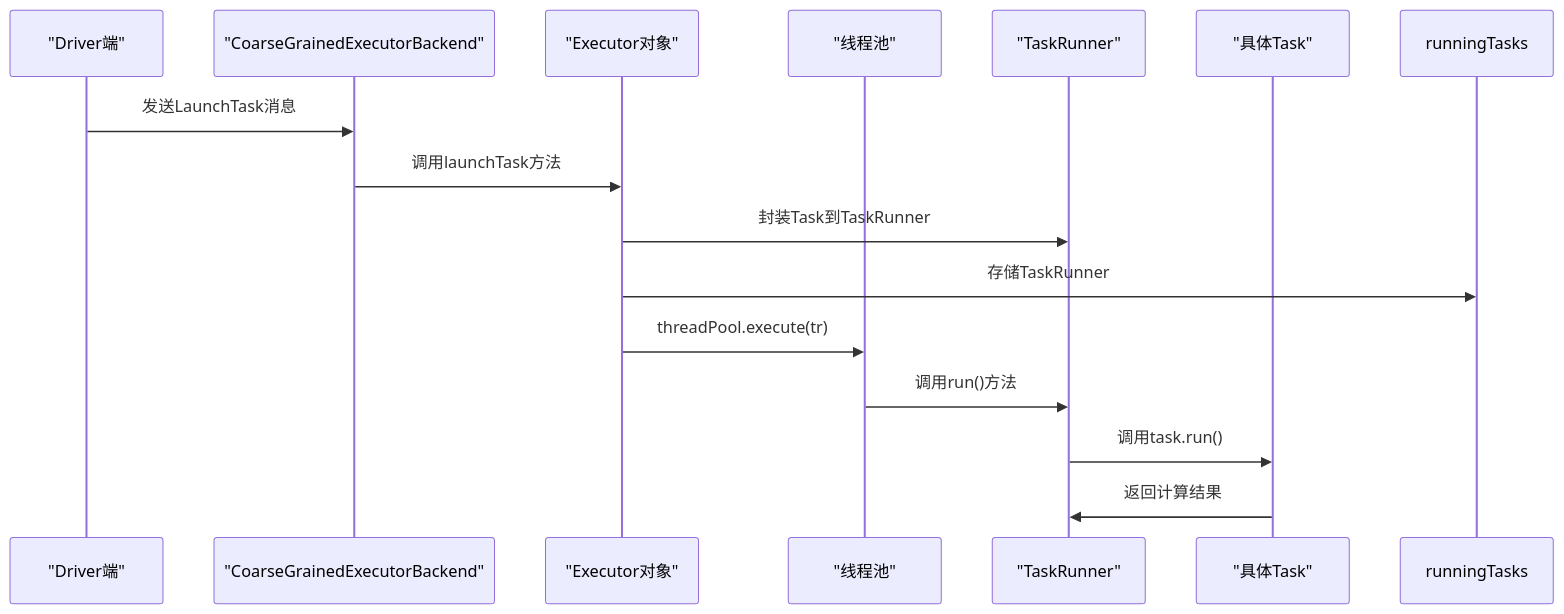
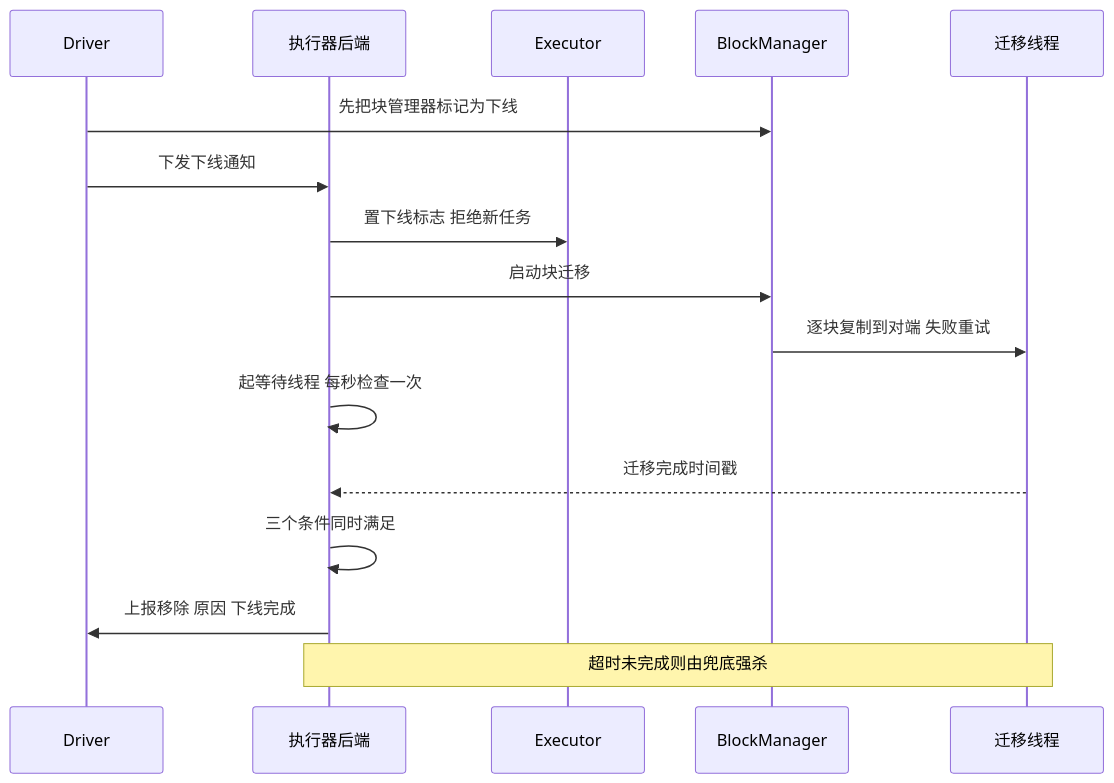
One commit to hpliStartAgain/my-brain changed the fifth of 5 diagrams in content/大数据/Spark/读书笔记-spark内核/02_系统架构与运行机制/9. Spark_Executor_执行机制_下.md. Above: the diagram before and after it, drawn with Mermaid. The commit also changed other lines of this file and 259 other files, not shown here.

````diff
--- a/content/大数据/Spark/读书笔记-spark内核/02_系统架构与运行机制/9. Spark_Executor_执行机制_下.md
+++ b/content/大数据/Spark/读书笔记-spark内核/02_系统架构与运行机制/9. Spark_Executor_执行机制_下.md
@@ -319,18 +544,19 @@
 ```mermaid
+%%{init: {'theme': 'dracula'}}%%
 sequenceDiagram
-    participant Driver as "Driver端"
-    participant Backend as "CoarseGrainedExecutorBackend"
-    participant Executor as "Executor对象"
-    participant ThreadPool as "线程池"
-    participant TaskRunner as "TaskRunner"
-    participant Task as "具体Task"
-    
-    Driver->>Backend: 发送LaunchTask消息
-    Backend->>Executor: 调用launchTask方法
-    Executor->>TaskRunner: 封装Task到TaskRunner
-    Executor->>runningTasks: 存储TaskRunner
-    Executor->>ThreadPool: threadPool.execute(tr)
-    ThreadPool->>TaskRunner: 调用run()方法
-    TaskRunner->>Task: 调用task.run()
-    Task->>TaskRunner: 返回计算结果
+    participant D as Driver
+    participant B as 执行器后端
+    participant E as Executor
+    participant BM as BlockManager
+    participant T as 迁移线程
+    D->>BM: 先把块管理器标记为下线
+    D->>B: 下发下线通知
+    B->>E: 置下线标志 拒绝新任务
+    B->>BM: 启动块迁移
+    BM->>T: 逐块复制到对端 失败重试
+    B->>B: 起等待线程 每秒检查一次
+    T-->>B: 迁移完成时间戳
+    B->>B: 三个条件同时满足
+    B->>D: 上报移除 原因 下线完成
+    Note over B,T: 超时未完成则由兜底强杀
 ```
````
